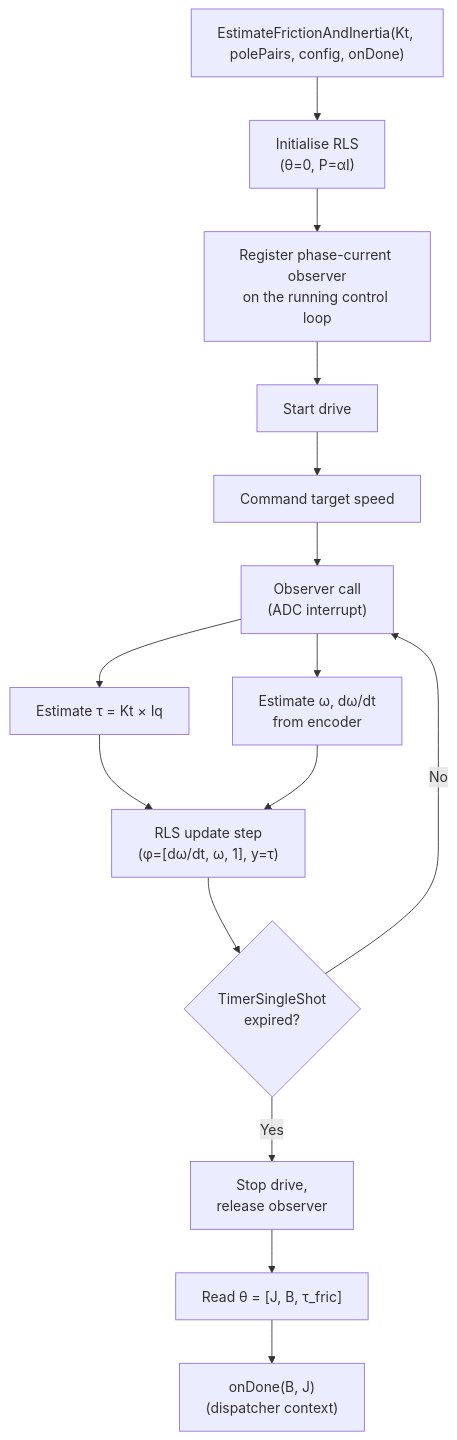
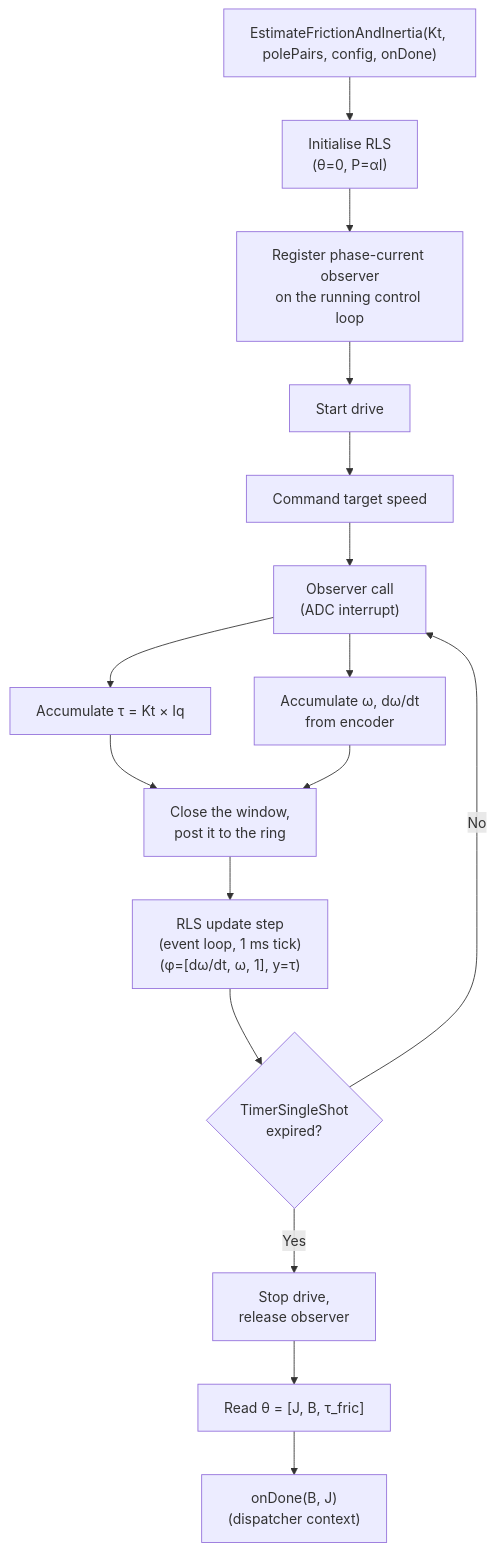
One commit to embedded-pro/e-foc changed the first of 2 diagrams in documentation/design/service-mechanical-ident.md. Above: the diagram before and after it, drawn with Mermaid. The commit also changed other lines of this file and 6 other files, not shown here.

````diff
--- a/documentation/design/service-mechanical-ident.md
+++ b/documentation/design/service-mechanical-ident.md
@@ -302,17 +302,18 @@
 ```mermaid
 flowchart TD
     START["EstimateFrictionAndInertia(Kt, polePairs, config, onDone)"] --> INIT["Initialise RLS\n(θ=0, P=αI)"]
     INIT --> OBS["Register phase-current observer\non the running control loop"]
     OBS --> DRIVE["Start drive"]
     DRIVE --> CMD_SPEED["Command target speed"]
     CMD_SPEED --> CB["Observer call\n(ADC interrupt)"]
-    CB --> TAU["Estimate τ = Kt × Iq"]
-    CB --> VEL["Estimate ω, dω/dt\nfrom encoder"]
-    TAU --> RLS["RLS update step\n(φ=[dω/dt, ω, 1], y=τ)"]
-    VEL --> RLS
+    CB --> TAU["Accumulate τ = Kt × Iq"]
+    CB --> VEL["Accumulate ω, dω/dt\nfrom encoder"]
+    TAU --> POST["Close the window,\npost it to the ring"]
+    VEL --> POST
+    POST --> RLS["RLS update step\n(event loop, 1 ms tick)\n(φ=[dω/dt, ω, 1], y=τ)"]
     RLS --> TIMEOUT{"TimerSingleShot\nexpired?"}
     TIMEOUT -->|No| CB
     TIMEOUT -->|Yes| REL["Stop drive,\nrelease observer"]
     REL --> REPORT["Read θ = [J, B, τ_fric]"]
     REPORT --> CB2["onDone(B, J)\n(dispatcher context)"]
 ```
````
